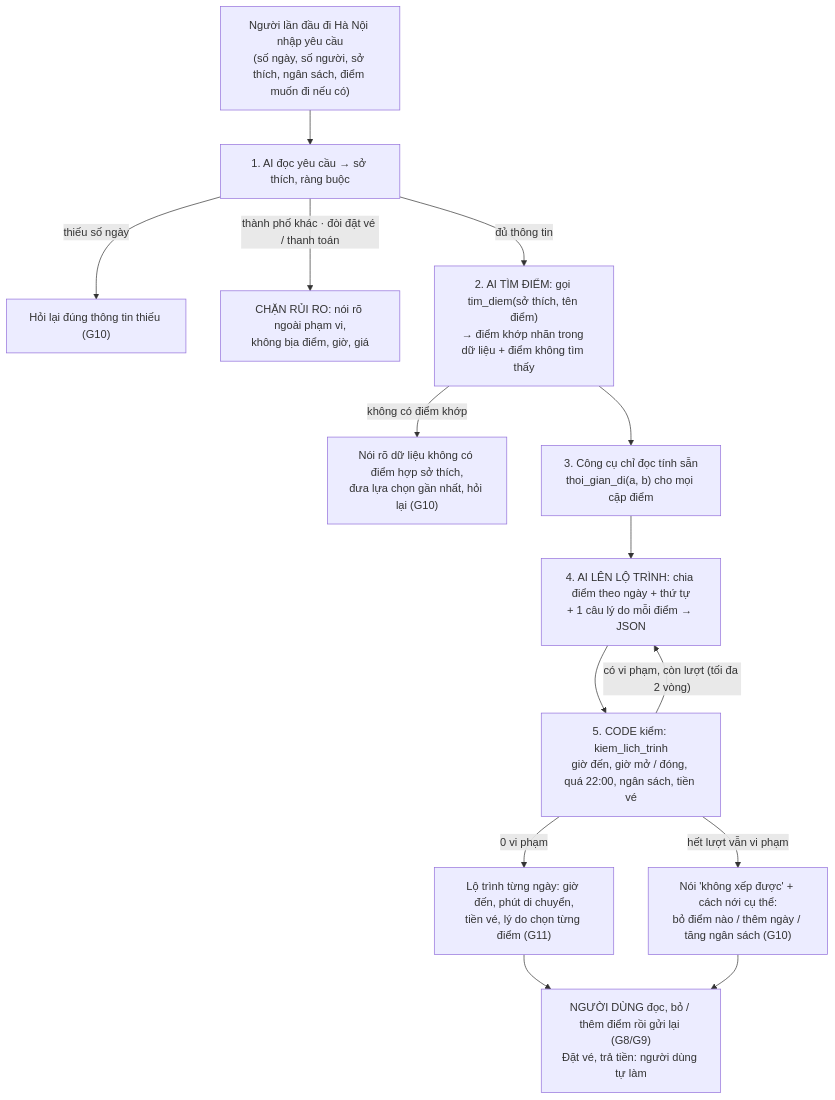
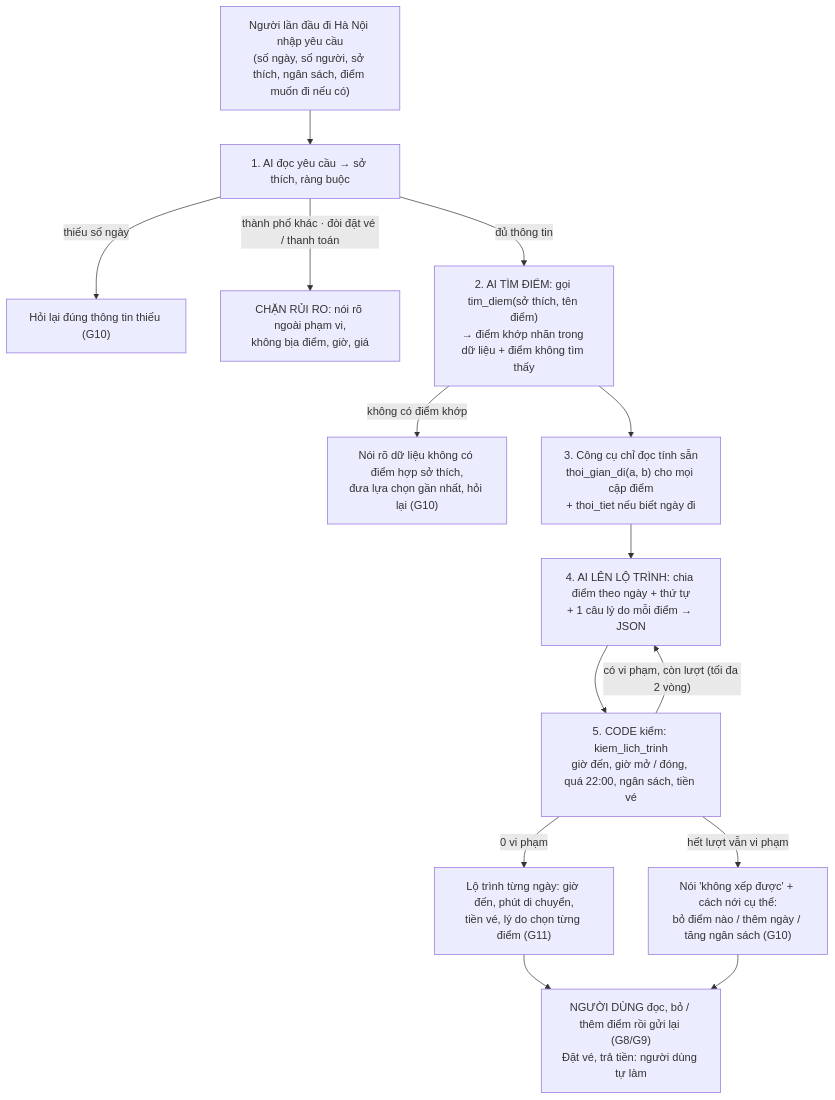
One commit to minhquan2955/K5-Day15-L3A-LEARNLOOP changed the diagram in spec.md. Above: the diagram before and after it, drawn with Mermaid. The commit also changed other lines of this file and 7 other files, not shown here.

````diff
--- a/spec.md
+++ b/spec.md
@@ -71,16 +71,16 @@
 ```mermaid
 flowchart TD
     U["Người lần đầu đi Hà Nội nhập yêu cầu<br/>(số ngày, số người, sở thích, ngân sách, điểm muốn đi nếu có)"] --> A1["1. AI đọc yêu cầu → sở thích, ràng buộc"]
     A1 -->|"thiếu số ngày"| Q["Hỏi lại đúng thông tin thiếu (G10)"]
     A1 -->|"thành phố khác · đòi đặt vé / thanh toán"| R["CHẶN RỦI RO: nói rõ ngoài phạm vi,<br/>không bịa điểm, giờ, giá"]
     A1 -->|"đủ thông tin"| S["2. AI TÌM ĐIỂM: gọi tim_diem(sở thích, tên điểm)<br/>→ điểm khớp nhãn trong dữ liệu + điểm không tìm thấy"]
     S -->|"không có điểm khớp"| R2["Nói rõ dữ liệu không có điểm hợp sở thích,<br/>đưa lựa chọn gần nhất, hỏi lại (G10)"]
-    S --> T["3. Công cụ chỉ đọc tính sẵn<br/>thoi_gian_di(a, b) cho mọi cặp điểm"]
+    S --> T["3. Công cụ chỉ đọc tính sẵn<br/>thoi_gian_di(a, b) cho mọi cặp điểm<br/>+ thoi_tiet nếu biết ngày đi"]
     T --> M["4. AI LÊN LỘ TRÌNH: chia điểm theo ngày + thứ tự<br/>+ 1 câu lý do mỗi điểm → JSON"]
     M --> K["5. CODE kiểm: kiem_lich_trinh<br/>giờ đến, giờ mở / đóng, quá 22:00, ngân sách, tiền vé"]
     K -->|"có vi phạm, còn lượt (tối đa 2 vòng)"| M
     K -->|"0 vi phạm"| O["Lộ trình từng ngày: giờ đến, phút di chuyển,<br/>tiền vé, lý do chọn từng điểm (G11)"]
     K -->|"hết lượt vẫn vi phạm"| N["Nói 'không xếp được' + cách nới cụ thể:<br/>bỏ điểm nào / thêm ngày / tăng ngân sách (G10)"]
     O --> H["NGƯỜI DÙNG đọc, bỏ / thêm điểm rồi gửi lại (G8/G9)<br/>Đặt vé, trả tiền: người dùng tự làm"]
     N --> H
 ```
````
